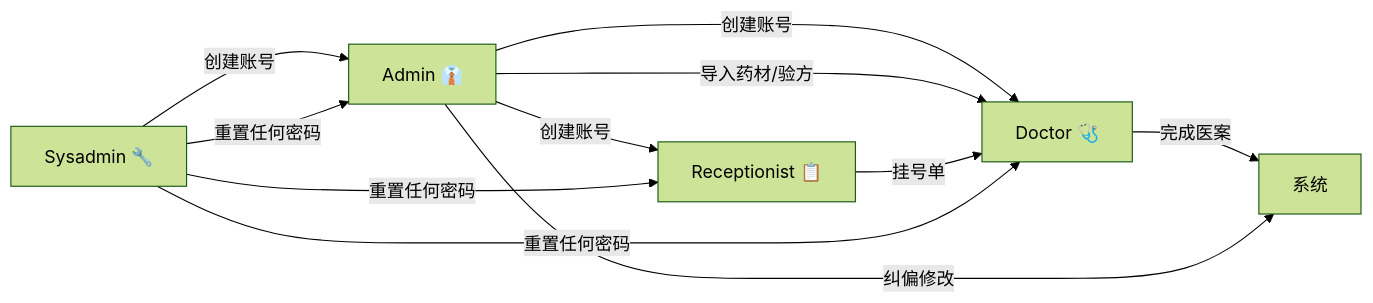
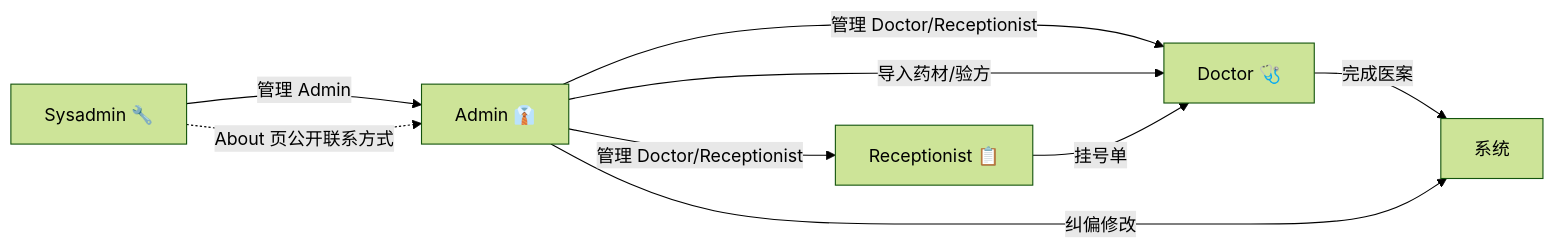
Before and after one commit to shouqitao/LYBTZYZS: the fourth of 4 diagrams in docs/01-product/05-role-interactions.md, drawn with Mermaid (forest theme). The commit also changed other lines of this file and 2 other files, not shown here.

````diff
--- a/docs/01-product/05-role-interactions.md
+++ b/docs/01-product/05-role-interactions.md
@@ -169,13 +171,11 @@
 ```mermaid
 flowchart LR
-    SA["Sysadmin 🔧"] -->|"创建账号"| AD["Admin 👔"]
-    AD -->|"创建账号"| DR["Doctor 🩺"]
-    AD -->|"创建账号"| RE["Receptionist 📋"]
+    SA["Sysadmin 🔧"] -->|"管理 Admin"| AD["Admin 👔"]
+    AD -->|"管理 Doctor/Receptionist"| DR["Doctor 🩺"]
+    AD -->|"管理 Doctor/Receptionist"| RE["Receptionist 📋"]
     AD -->|"导入药材/验方"| DR
     RE -->|"挂号单"| DR
     DR -->|"完成医案"| SYS["系统"]
     AD -->|"纠偏修改"| SYS
-    SA -->|"重置任何密码"| AD
-    SA -->|"重置任何密码"| DR
-    SA -->|"重置任何密码"| RE
+    SA -.->|"About 页公开联系方式"| AD
 ```
````
